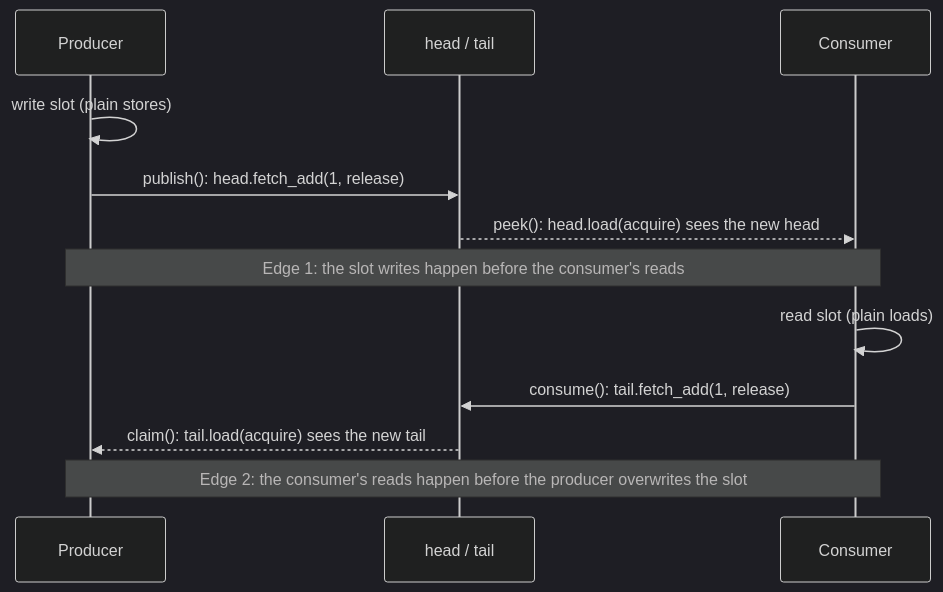
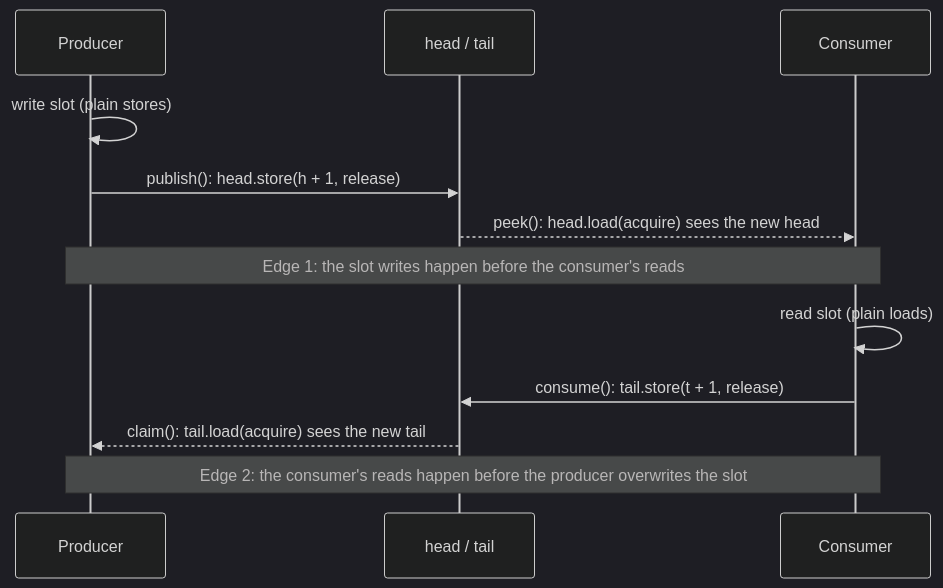
The diagram in docs/memory_ordering.md (veetihietasalo/MiniHFT), drawn with Mermaid (dark theme) before and after one commit. The commit also changed other lines of this file and 10 other files, not shown here.

````diff
--- a/docs/memory_ordering.md
+++ b/docs/memory_ordering.md
@@ -9,14 +9,14 @@
 ```mermaid
 sequenceDiagram
     participant P as Producer
     participant A as head / tail
     participant C as Consumer
     P->>P: write slot (plain stores)
-    P->>A: publish(): head.fetch_add(1, release)
+    P->>A: publish(): head.store(h + 1, release)
     A-->>C: peek(): head.load(acquire) sees the new head
     Note over P,C: Edge 1: the slot writes happen before the consumer's reads
     C->>C: read slot (plain loads)
-    C->>A: consume(): tail.fetch_add(1, release)
+    C->>A: consume(): tail.store(t + 1, release)
     A-->>P: claim(): tail.load(acquire) sees the new tail
     Note over P,C: Edge 2: the consumer's reads happen before the producer overwrites the slot
 ```
````
